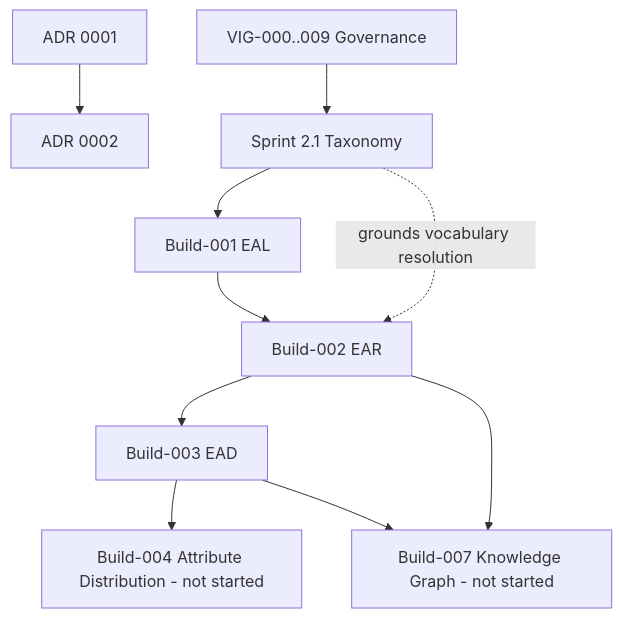
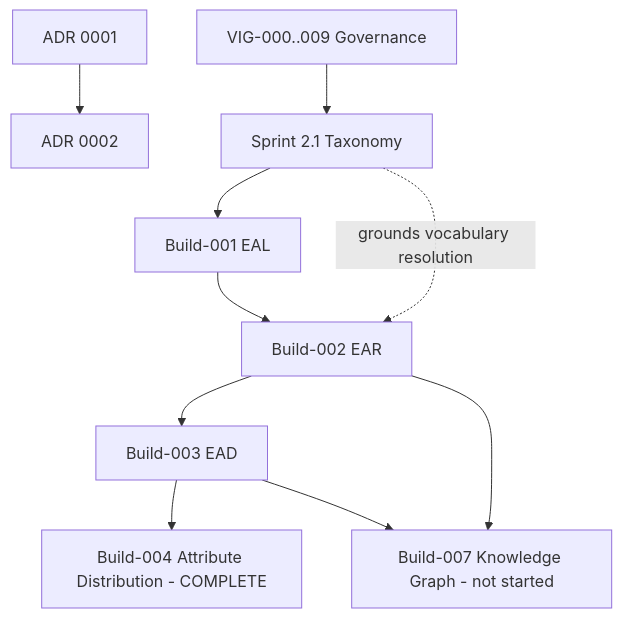
One commit to lexvoraconsulting-lab/The-Baking-Kaur changed the second of 2 diagrams in docs/00_Foundation/FOUNDATION_v1.md. Above: the diagram before and after it, drawn with Mermaid. The commit also changed other lines of this file and 4 other files, not shown here.

Commit message:
docs: Build-004 documentation completion pass — Foundation index, diagrams, traceability

````diff
--- a/docs/00_Foundation/FOUNDATION_v1.md
+++ b/docs/00_Foundation/FOUNDATION_v1.md
@@ -201,12 +237,12 @@
 ```mermaid
 graph TD
     ADR0001[ADR 0001] --> ADR0002[ADR 0002]
     VIG[VIG-000..009 Governance] --> Sprint21[Sprint 2.1 Taxonomy]
     Sprint21 --> Build001[Build-001 EAL]
     Build001 --> Build002[Build-002 EAR]
     Build002 --> Build003[Build-003 EAD]
     Sprint21 -.grounds vocabulary resolution.-> Build002
-    Build003 --> Build004[Build-004 Attribute Distribution - not started]
+    Build003 --> Build004[Build-004 Attribute Distribution - COMPLETE]
     Build002 --> Build007[Build-007 Knowledge Graph - not started]
     Build003 --> Build007
 ```
````
